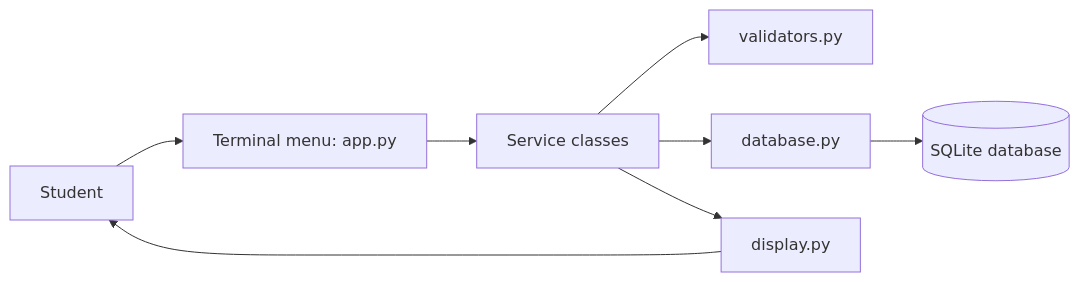
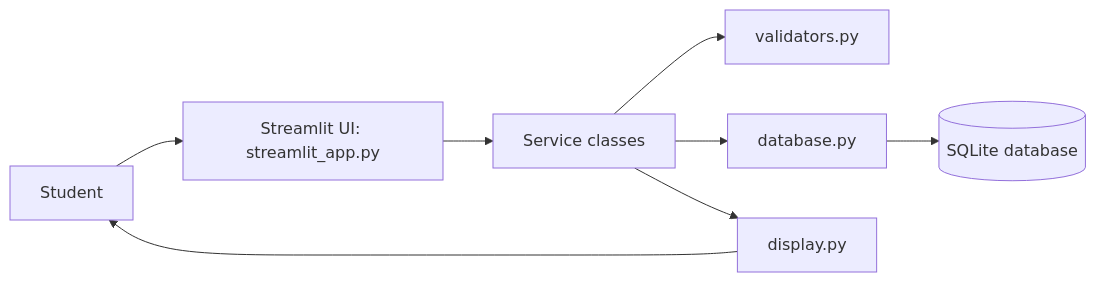
The first of 6 diagrams in docs/project_report.md (Harshita232009/Smart-Expense-Tracker), drawn with Mermaid before and after one commit. The commit also changed other lines of this file and 3 other files, not shown here.

````diff
--- a/docs/project_report.md
+++ b/docs/project_report.md
@@ -49,10 +49,10 @@
 ```mermaid
 flowchart LR
-    U[Student] --> M[Terminal menu: app.py]
+    U[Student] --> M[Streamlit UI: streamlit_app.py]
     M --> S[Service classes]
     S --> V[validators.py]
     S --> D[database.py]
     D --> DB[(SQLite database)]
     S --> O[display.py]
     O --> U
 ```
````
